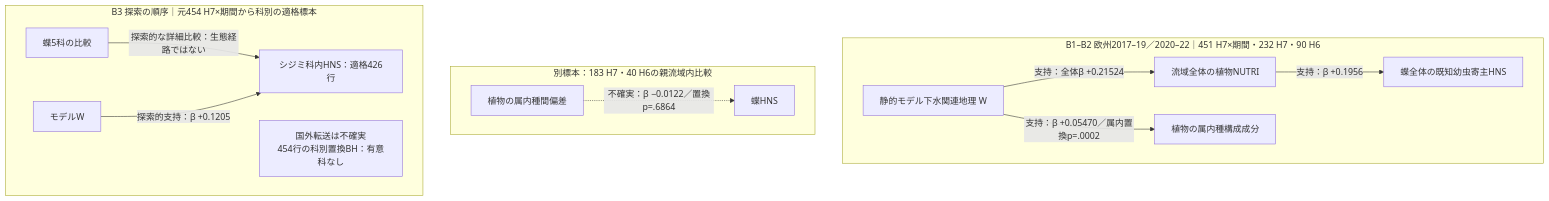
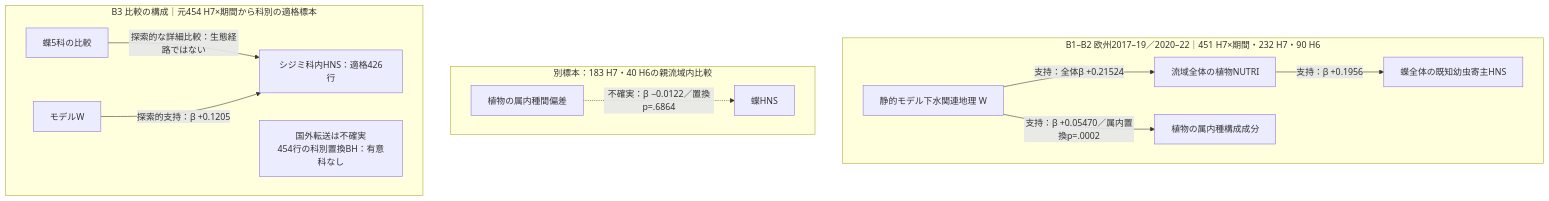
One commit to zuizui0223/gesui changed the second of 4 diagrams in docs/manuscript_riparian_interactions/README.md. Above: the diagram before and after it, drawn with Mermaid. The commit also changed other lines of this file and 3 other files, not shown here.

Commit message:
Align figure chronology and current PR review description

````diff
--- a/docs/manuscript_riparian_interactions/README.md
+++ b/docs/manuscript_riparian_interactions/README.md
@@ -60,16 +61,16 @@
 ```mermaid
 flowchart TB
   subgraph EU["B1–B2 欧州2017–19／2020–22｜451 H7×期間・232 H7・90 H6"]
     EW["静的モデル下水関連地理 W"] -->|"支持：全体β +0.21524"| PN["流域全体の植物NUTRI"]
     EW -->|"支持：β +0.05470／属内置換p=.0002"| PG["植物の属内種構成成分"]
     PN -->|"支持：β +0.1956"| BH["蝶全体の既知幼虫寄主HNS"]
   end
   subgraph WITHIN["別標本：183 H7・40 H6の親流域内比較"]
     PWI["植物の属内種間偏差"] -.->|"不確実：β −0.0122／置換p=.6864"| BWI["蝶HNS"]
   end
-  subgraph FIVE["B3 探索の順序｜元454 H7×期間から科別の適格標本"]
+  subgraph FIVE["B3 比較の構成｜元454 H7×期間から科別の適格標本"]
     F["蝶5科の比較"] -->|"探索的な詳細比較：生態経路ではない"| L["シジミ科内HNS：適格426行"]
     FW["モデルW"] -->|"探索的支持：β +0.1205"| L
     LIM["国外転送は不確実<br/>454行の科別置換BH：有意科なし"]
   end
 ```
````
